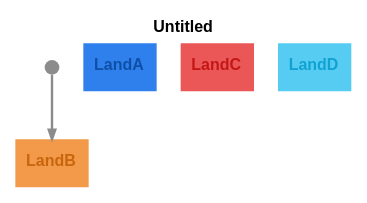
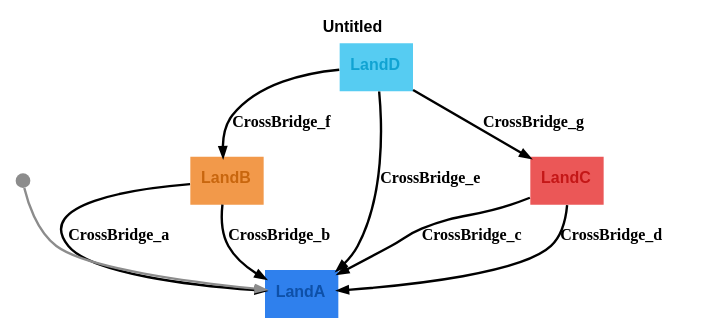
Before and after one commit to m-bock/purescript-transit: the diagram in graphs/bridges-koenigsberg.dot, drawn with Graphviz. The commit also changed 15 other files, not shown here.

```diff
--- a/graphs/bridges-koenigsberg.dot
+++ b/graphs/bridges-koenigsberg.dot
@@ -1,10 +1,17 @@
 digraph 
 {
 rankdir = "TD";fontname = "Arial";label = <<b>Untitled</b>>;labelloc = "t";fontsize = 12
 LandB [shape = "box", label = <<b>LandB</b>>, fontsize = 12, style = "filled", fillcolor = "#f2994a", fontcolor = "#c8660e", fontname = "Arial", labelloc = "c", penwidth = 0.0]
+LandB -> LandA [color = "#000000", fontcolor = "#000000", fontsize = 12, arrowsize = "0.7", label = <<b>CrossBridge_a</b>>, penwidth = 1.8]
+LandB -> LandA [color = "#000000", fontcolor = "#000000", fontsize = 12, arrowsize = "0.7", label = <<b>CrossBridge_b</b>>, penwidth = 1.8]
+LandA [shape = "box", label = <<b>LandA</b>>, fontsize = 12, style = "filled", fillcolor = "#2f80ed", fontcolor = "#0e50a8", fontname = "Arial", labelloc = "c", penwidth = 0.0]
 __Start__ [shape = "circle", label = "", width = 0.15, height = 0.15, fixedsize = true, style = "filled", fillcolor = "#8c8c8c", penwidth = 0.0]
-__Start__ -> LandB [color = "#8c8c8c", fontsize = 12, arrowsize = "0.7", penwidth = 1.8]
-LandA [shape = "box", label = <<b>LandA</b>>, fontsize = 12, style = "filled", fillcolor = "#2f80ed", fontcolor = "#0e50a8", fontname = "Arial", labelloc = "c", penwidth = 0.0]
+__Start__ -> LandA [color = "#8c8c8c", fontsize = 12, arrowsize = "0.7", penwidth = 1.8]
 LandC [shape = "box", label = <<b>LandC</b>>, fontsize = 12, style = "filled", fillcolor = "#eb5757", fontcolor = "#c41717", fontname = "Arial", labelloc = "c", penwidth = 0.0]
+LandC -> LandA [color = "#000000", fontcolor = "#000000", fontsize = 12, arrowsize = "0.7", label = <<b>CrossBridge_c</b>>, penwidth = 1.8]
+LandC -> LandA [color = "#000000", fontcolor = "#000000", fontsize = 12, arrowsize = "0.7", label = <<b>CrossBridge_d</b>>, penwidth = 1.8]
 LandD [shape = "box", label = <<b>LandD</b>>, fontsize = 12, style = "filled", fillcolor = "#56ccf2", fontcolor = "#10a3d2", fontname = "Arial", labelloc = "c", penwidth = 0.0]
+LandD -> LandA [color = "#000000", fontcolor = "#000000", fontsize = 12, arrowsize = "0.7", label = <<b>CrossBridge_e</b>>, penwidth = 1.8]
+LandD -> LandB [color = "#000000", fontcolor = "#000000", fontsize = 12, arrowsize = "0.7", label = <<b>CrossBridge_f</b>>, penwidth = 1.8]
+LandD -> LandC [color = "#000000", fontcolor = "#000000", fontsize = 12, arrowsize = "0.7", label = <<b>CrossBridge_g</b>>, penwidth = 1.8]
 }
```
